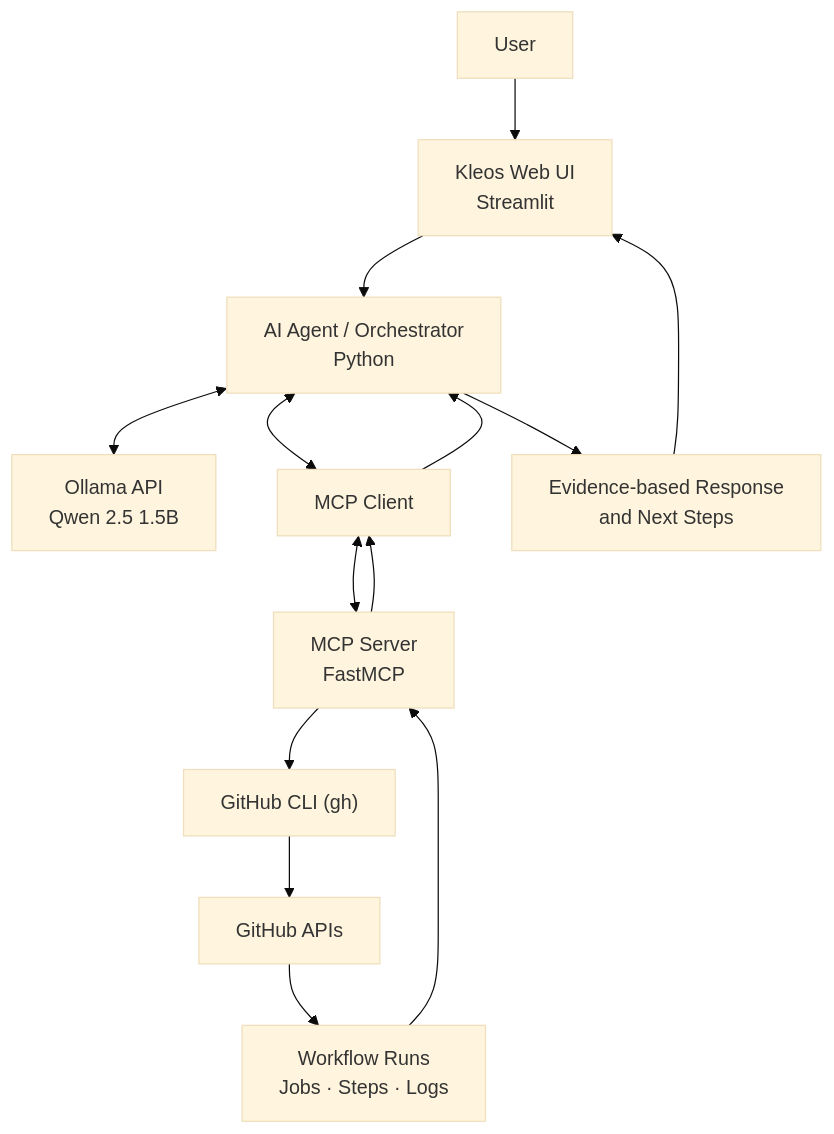
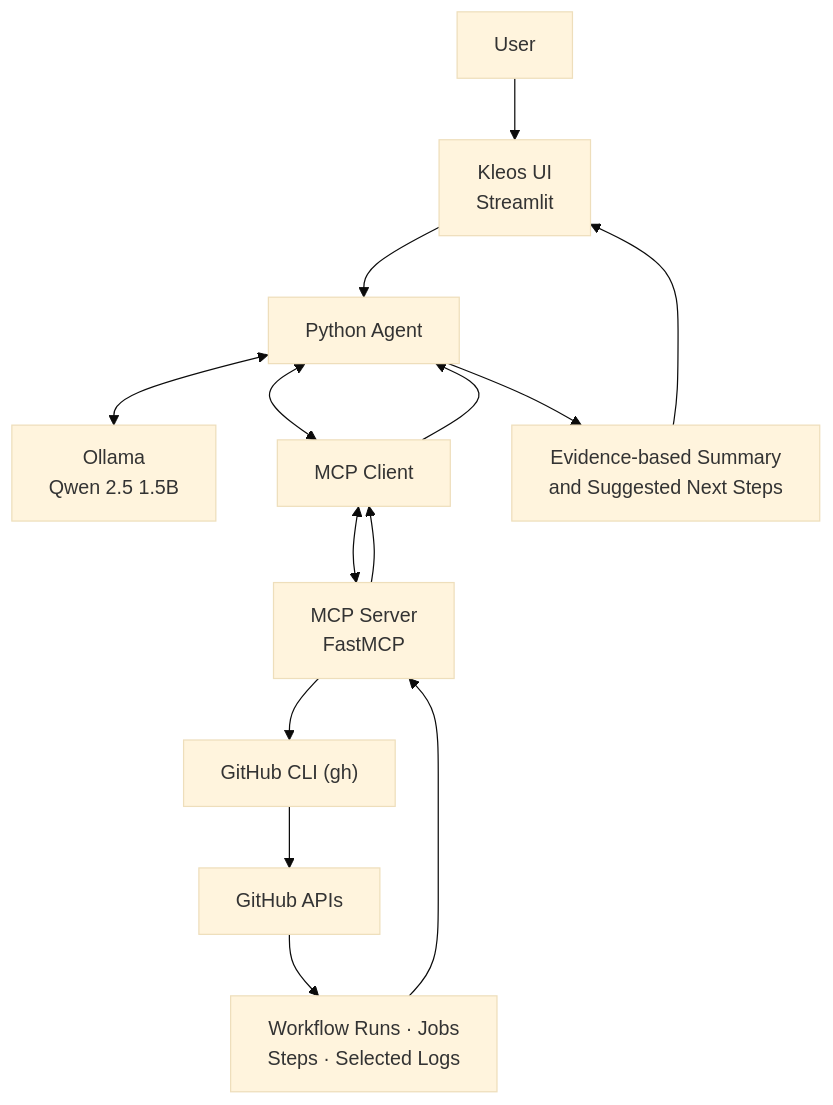
Before and after one commit to tanahmeeedsx/LLM-chatbot-assistant: the diagram in README.md, drawn with Mermaid (base theme). The commit also changed other lines of this file, not shown here.

Commit message:
docs: polish Kleos README branding and layout

````diff
--- a/README.md
+++ b/README.md
@@ -88,16 +73,16 @@
 ```mermaid
 flowchart TD
-    U["User"] --> UI["Kleos Web UI<br/>Streamlit"]
-    UI --> A["AI Agent / Orchestrator<br/>Python"]
-    A <--> L["Ollama API<br/>Qwen 2.5 1.5B"]
+    U["User"] --> UI["Kleos UI<br/>Streamlit"]
+    UI --> A["Python Agent"]
+    A <--> L["Ollama<br/>Qwen 2.5 1.5B"]
     A <--> C["MCP Client"]
     C <--> S["MCP Server<br/>FastMCP"]
     S --> GH["GitHub CLI (gh)"]
     GH --> API["GitHub APIs"]
-    API --> DATA["Workflow Runs<br/>Jobs · Steps · Logs"]
-    DATA --> S
+    API --> D["Workflow Runs · Jobs<br/>Steps · Selected Logs"]
+    D --> S
     S --> C
     C --> A
-    A --> R["Evidence-based Response<br/>and Next Steps"]
+    A --> R["Evidence-based Summary<br/>and Suggested Next Steps"]
     R --> UI
 ```
````
